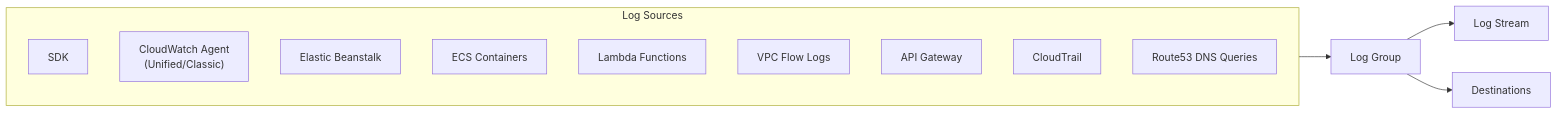
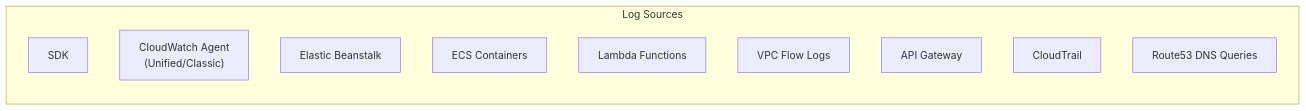
The first of 4 diagrams in domain_1_detection/cloudwatch.md (Root-Shells/aws_scs_udemy), drawn with Mermaid before and after one commit. The commit also changed other lines of this file and 13 other files, not shown here.

Commit message:
updated diagrams

````diff
--- a/domain_1_detection/cloudwatch.md
+++ b/domain_1_detection/cloudwatch.md
@@ -6,19 +6,14 @@
 ```mermaid
 flowchart LR
-    subgraph Sources [Log Sources]
+    subgraph Sources ["Log Sources"]
         SDK["SDK"]
         Agent["CloudWatch Agent<br>(Unified/Classic)"]
         EB["Elastic Beanstalk"]
         ECS["ECS Containers"]
         Lambda["Lambda Functions"]
         VPC["VPC Flow Logs"]
         APIGW["API Gateway"]
         CT["CloudTrail"]
         R53["Route53 DNS Queries"]
     end
-    
-    LG["Log Group"] --> LS["Log Stream"]
-    LG --> Dest["Destinations"]
-    
-    Sources --> LG
 ```
````
